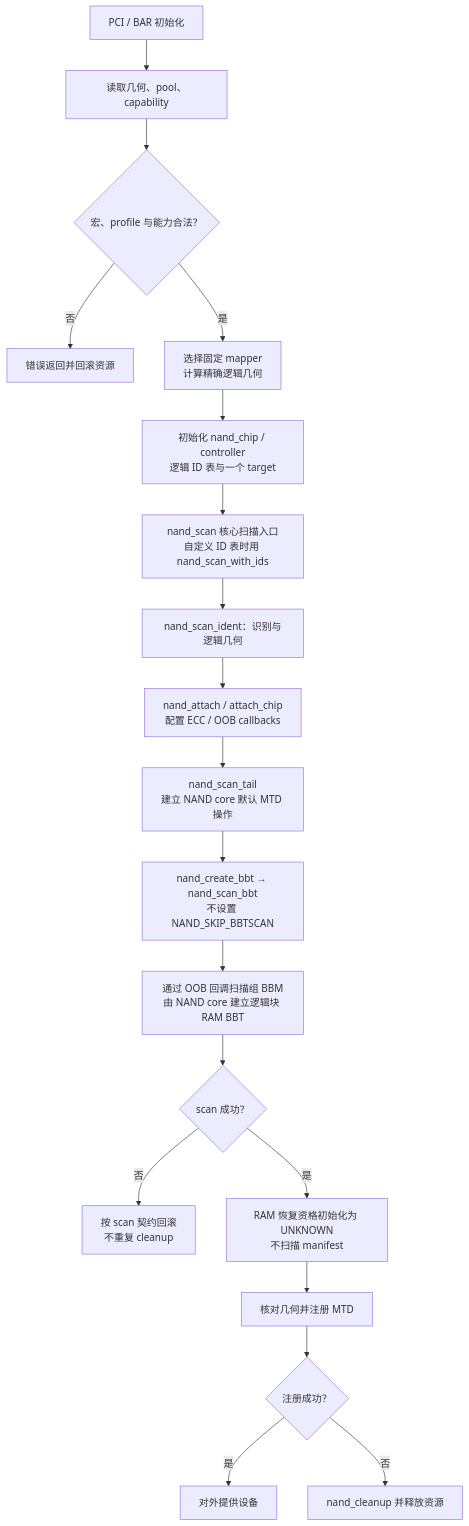
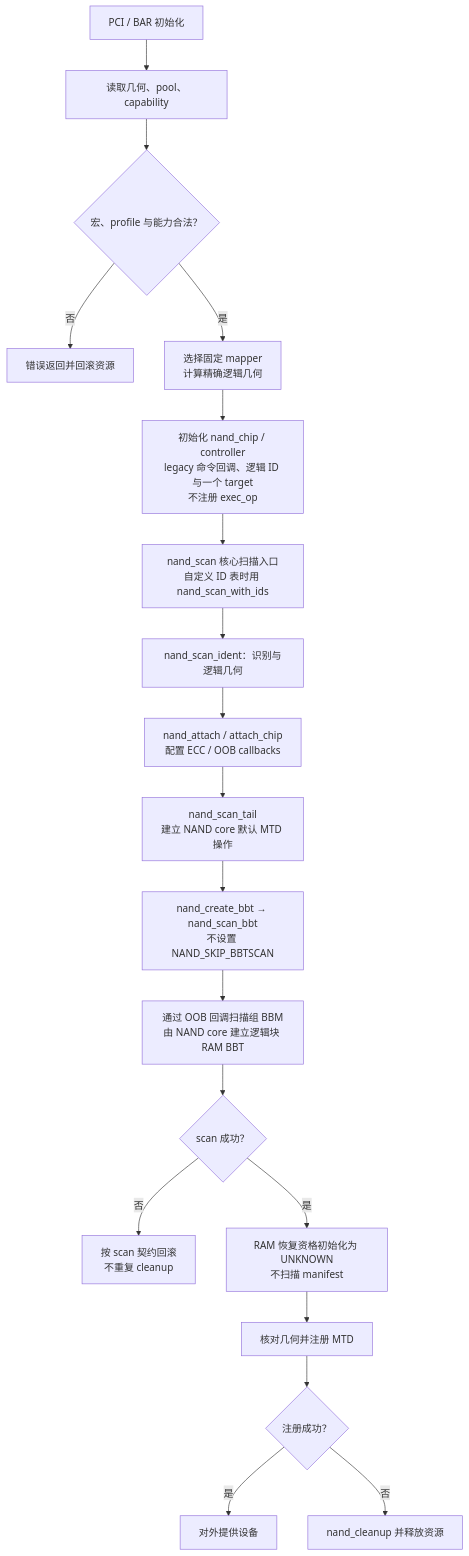
Before and after one commit to avenstar65/3dnand_test: the third of 18 diagrams in docs/superpowers/specs/2026-08-30-multiplane-page-raid1-raid5-design.md, drawn with Mermaid. The commit also changed other lines of this file and 20 other files, not shown here.

````diff
--- a/docs/superpowers/specs/2026-08-30-multiplane-page-raid1-raid5-design.md
+++ b/docs/superpowers/specs/2026-08-30-multiplane-page-raid1-raid5-design.md
@@ -83,21 +142,21 @@
 ```mermaid
 flowchart TD
     P["PCI / BAR 初始化"] --> G["读取几何、pool、capability"]
     G --> V{"宏、profile 与能力合法？"}
     V -->|"否"| F["错误返回并回滚资源"]
     V -->|"是"| I["选择固定 mapper<br/>计算精确逻辑几何"]
-    I --> N["初始化 nand_chip / controller<br/>逻辑 ID 表与一个 target"]
+    I --> N["初始化 nand_chip / controller<br/>legacy 命令回调、逻辑 ID 与一个 target<br/>不注册 exec_op"]
     N --> Scan["nand_scan 核心扫描入口<br/>自定义 ID 表时用 nand_scan_with_ids"]
     Scan --> Ident["nand_scan_ident：识别与逻辑几何"]
     Ident --> Attach["nand_attach / attach_chip<br/>配置 ECC / OOB callbacks"]
     Attach --> Tail["nand_scan_tail<br/>建立 NAND core 默认 MTD 操作"]
     Tail --> Create["nand_create_bbt → nand_scan_bbt<br/>不设置 NAND_SKIP_BBTSCAN"]
     Create --> BBT["通过 OOB 回调扫描组 BBM<br/>由 NAND core 建立逻辑块 RAM BBT"]
     BBT --> OK{"scan 成功？"}
     OK -->|"否"| Fail["按 scan 契约回滚<br/>不重复 cleanup"]
     OK -->|"是"| RAM["RAM 恢复资格初始化为 UNKNOWN<br/>不扫描 manifest"]
     RAM --> Reg["核对几何并注册 MTD"]
     Reg --> Done{"注册成功？"}
     Done -->|"是"| Ready["对外提供设备"]
     Done -->|"否"| Clean["nand_cleanup 并释放资源"]
 ```
````
